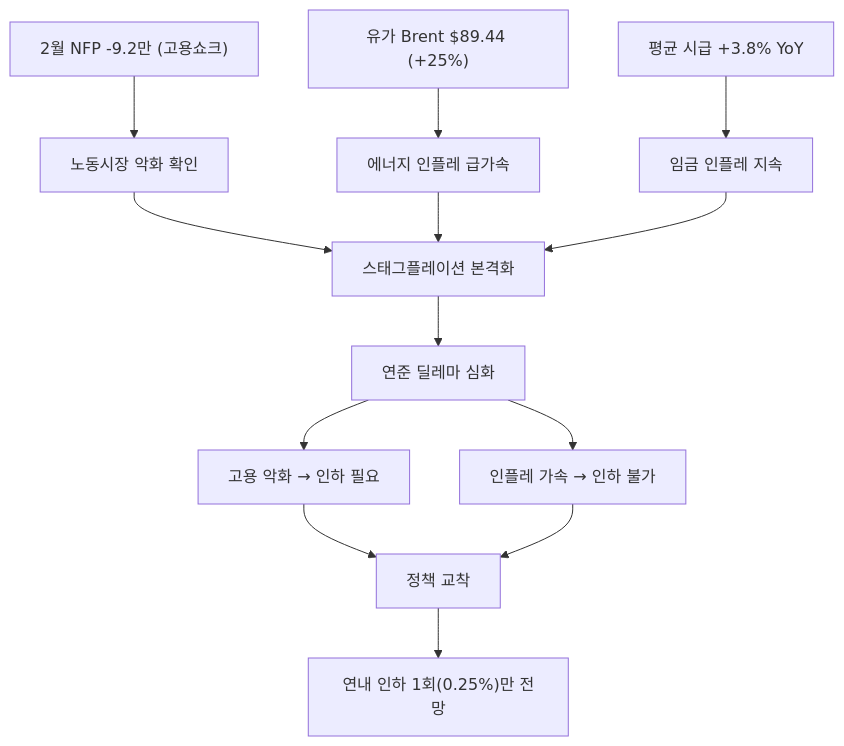
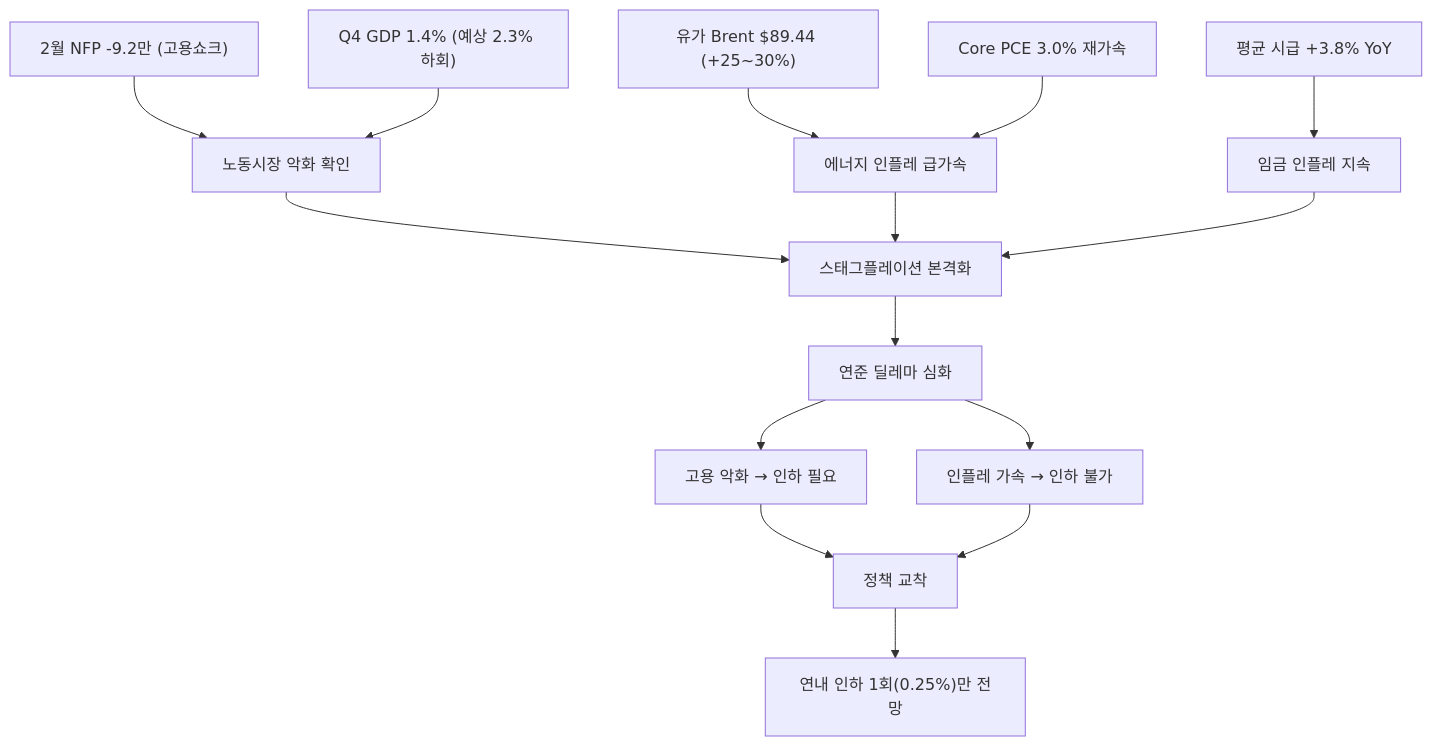
The fifth of 9 diagrams in _posts/knowledge/invest/2026-01-21-macroeconomic-policy-sector-outlook-2026.md (dss99911/dss99911.github.io), drawn with Mermaid before and after one commit. The commit also changed other lines of this file and 5 other files, not shown here.

````diff
--- a/_posts/knowledge/invest/2026-01-21-macroeconomic-policy-sector-outlook-2026.md
+++ b/_posts/knowledge/invest/2026-01-21-macroeconomic-policy-sector-outlook-2026.md
@@ -83,15 +248,17 @@
 ```mermaid
 graph TD
     A["2월 NFP -9.2만 (고용쇼크)"] --> B["노동시장 악화 확인"]
-    C["유가 Brent $89.44 (+25%)"] --> D["에너지 인플레 급가속"]
+    C["유가 Brent $89.44 (+25~30%)"] --> D["에너지 인플레 급가속"]
     E["평균 시급 +3.8% YoY"] --> F["임금 인플레 지속"]
+    Z["Q4 GDP 1.4% (예상 2.3% 하회)"] --> B
+    W["Core PCE 3.0% 재가속"] --> D
     B --> G["스태그플레이션 본격화"]
     D --> G
     F --> G
     G --> H["연준 딜레마 심화"]
     H --> I["고용 악화 → 인하 필요"]
     H --> J["인플레 가속 → 인하 불가"]
     I --> K["정책 교착"]
     J --> K
     K --> L["연내 인하 1회(0.25%)만 전망"]
 ```
````
